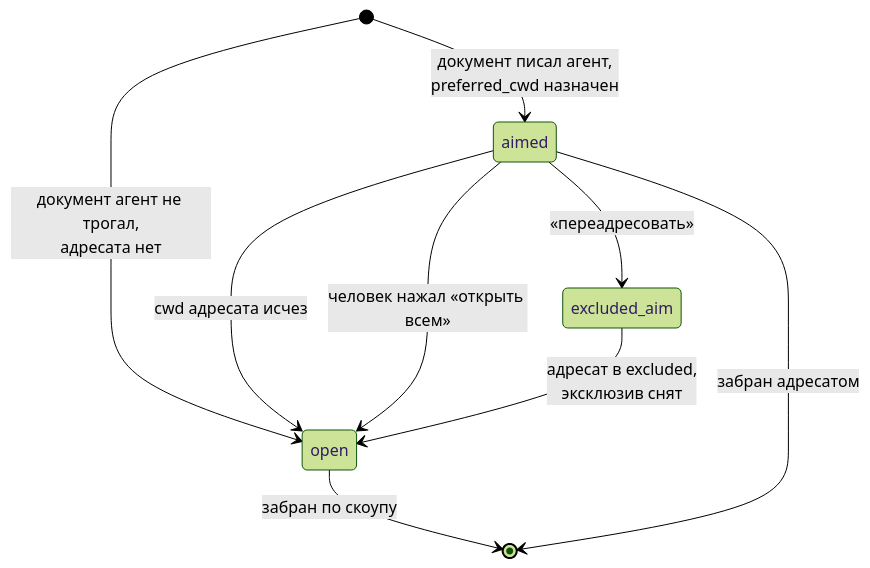
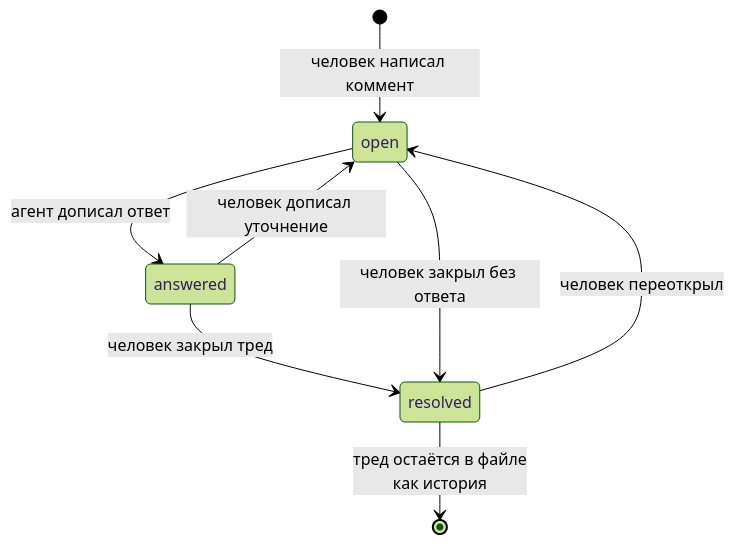
Diagram 13 of 14 in docs/superpowers/specs/2026-08-23-document-requests-design.md (malinborn/mdmini), drawn with Mermaid (forest theme) before and after one commit. The commit also changed other lines of this file, not shown here.

````diff
--- a/docs/superpowers/specs/2026-08-23-document-requests-design.md
+++ b/docs/superpowers/specs/2026-08-23-document-requests-design.md
@@ -420,11 +381,10 @@
 ```mermaid
 stateDiagram-v2
-    [*] --> aimed: документ писал агент,<br/>preferred_cwd назначен
-    [*] --> open: документ агент не трогал,<br/>адресата нет
-    aimed --> open: cwd адресата исчез
-    aimed --> open: человек нажал «открыть всем»
-    aimed --> excluded_aim: «переадресовать»
-    excluded_aim --> open: адресат в excluded,<br/>эксклюзив снят
-    open --> [*]: забран по скоупу
-    aimed --> [*]: забран адресатом
+    [*] --> open: человек написал коммент
+    open --> answered: агент дописал ответ
+    answered --> open: человек дописал уточнение
+    answered --> resolved: человек закрыл тред
+    open --> resolved: человек закрыл без ответа
+    resolved --> open: человек переоткрыл
+    resolved --> [*]: тред остаётся в файле<br/>как история
 ```
````
